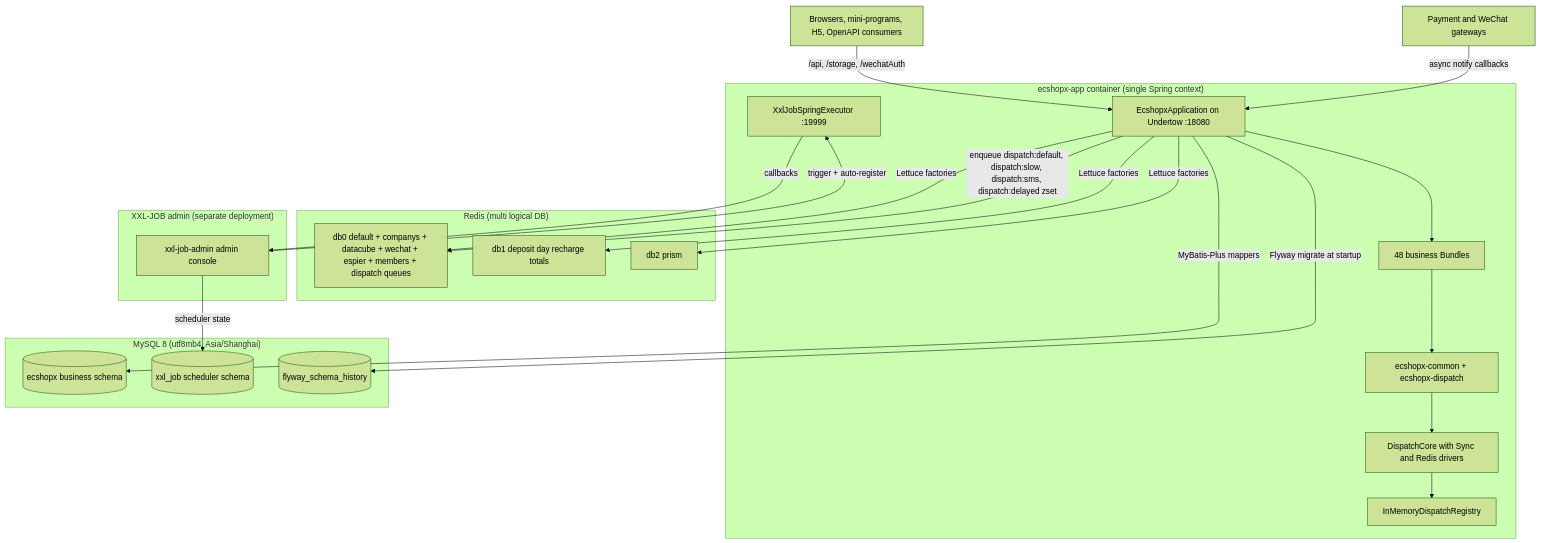
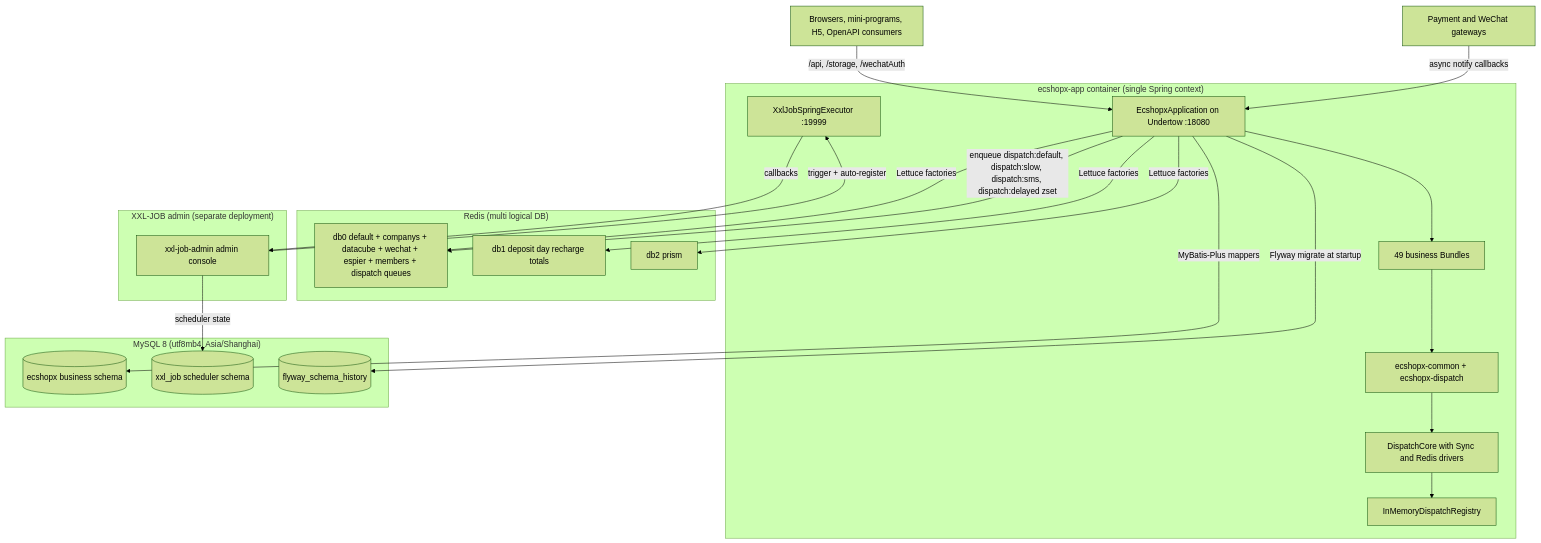
The diagram in openwiki/architecture/overview.md (ShopeX/ECShopX-Java), drawn with Mermaid (forest theme) before and after one commit. The commit also changed other lines of this file and 321 other files, not shown here.

````diff
--- a/openwiki/architecture/overview.md
+++ b/openwiki/architecture/overview.md
@@ -116,44 +120,44 @@
 ```mermaid
 flowchart TD
     subgraph app["ecshopx-app container (single Spring context)"]
         APP["EcshopxApplication on Undertow :18080"]
-        BUNDLES["48 business Bundles"]
+        BUNDLES["49 business Bundles"]
         CORE["ecshopx-common + ecshopx-dispatch"]
         EXE["XxlJobSpringExecutor :19999"]
         DRIVERS["DispatchCore with Sync and Redis drivers"]
         REG["InMemoryDispatchRegistry"]
     end
 
     subgraph redis["Redis (multi logical DB)"]
         DB0["db0 default + companys + datacube + wechat + espier + members + dispatch queues"]
         DB1["db1 deposit day recharge totals"]
         DB2["db2 prism"]
     end
 
     subgraph mysql["MySQL 8 (utf8mb4, Asia/Shanghai)"]
         BIZDB[("ecshopx business schema")]
         XXLDB[("xxl_job scheduler schema")]
         FLY[("flyway_schema_history")]
     end
 
     subgraph xxl["XXL-JOB admin (separate deployment)"]
         ADMIN["xxl-job-admin admin console"]
     end
 
     CLIENT["Browsers, mini-programs, H5, OpenAPI consumers"] -- "/api, /storage, /wechatAuth" --> APP
     ADMIN -- "trigger + auto-register" --> EXE
     EXE -- "callbacks" --> ADMIN
     APP -- "MyBatis-Plus mappers" --> BIZDB
     ADMIN -- "scheduler state" --> XXLDB
     APP -- "Flyway migrate at startup" --> FLY
     APP -- "Lettuce factories" --> DB0
     APP -- "Lettuce factories" --> DB1
     APP -- "Lettuce factories" --> DB2
     APP -- "enqueue dispatch:default, dispatch:slow, dispatch:sms, dispatch:delayed zset" --> DB0
     CORE --> DRIVERS
     DRIVERS --> REG
     BUNDLES --> CORE
     APP --> BUNDLES
 
     PAYGW["Payment and WeChat gateways"] -- "async notify callbacks" --> APP
 ```
````
